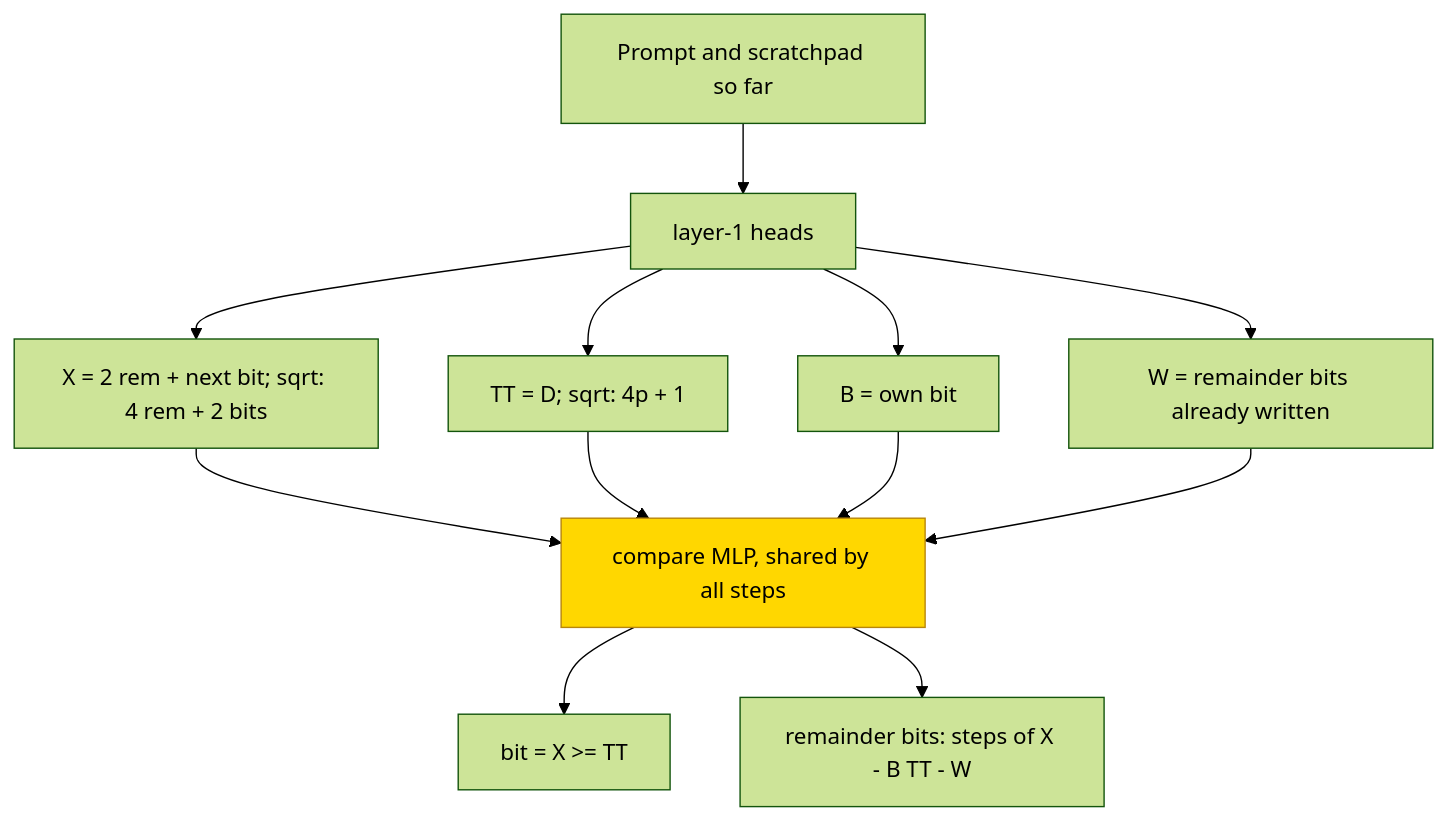
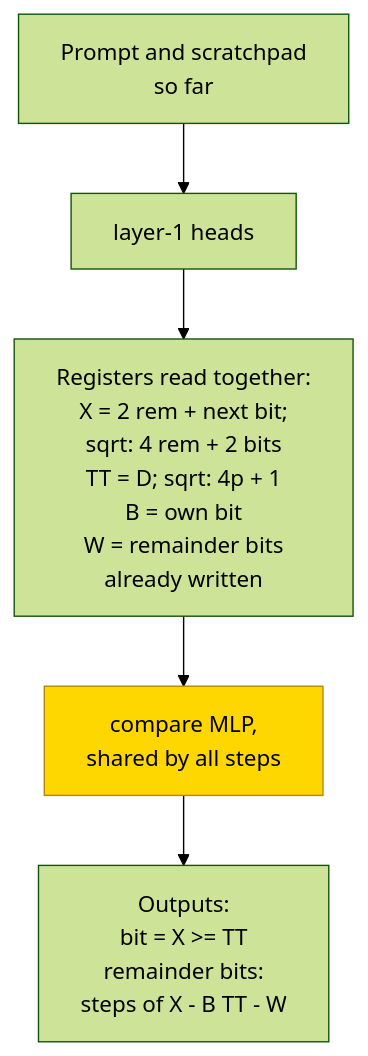
Before and after one commit to jc1122/mechanistic-interpretability-circuit-atlas: the first of 2 diagrams in entries/long-division-square-root.md, drawn with Mermaid (forest theme). The commit also changed other lines of this file and 40 other files, not shown here.

First line of the commit message:
Cold-reader pass on all 41 entries: reading routes, first-screen scopes, accessible diagrams, verified headline sources (ux_reader1/2)

````diff
--- a/entries/long-division-square-root.md
+++ b/entries/long-division-square-root.md
@@ -108,16 +110,11 @@
 ```mermaid
 flowchart TD
-    P["Prompt and scratchpad so far"] --> H["layer-1 heads"]
-    H --> X["X = 2 rem + next bit; sqrt: 4 rem + 2 bits"]
-    H --> TT["TT = D; sqrt: 4p + 1"]
-    H --> B["B = own bit"]
-    H --> W["W = remainder bits already written"]
-    X --> M["compare MLP, shared by all steps"]
-    TT --> M
-    B --> M
-    W --> M
-    M --> BIT["bit = X >= TT"]
-    M --> REM["remainder bits: steps of X - B TT - W"]
+    accTitle: Hand-built compare-and-subtract scratchpad
+    accDescr: Frozen heads provide the working remainder, trial threshold, current bit and written remainder prefix. The marked compare MLP is the only trained stage in PART.
+    P["Prompt and scratchpad<br/>so far"] --> H["layer-1 heads"]
+    H --> REG["Registers read together:<br/>X = 2 rem + next bit;<br/>sqrt: 4 rem + 2 bits<br/>TT = D; sqrt: 4p + 1<br/>B = own bit<br/>W = remainder bits<br/>already written"]
+    REG --> M["compare MLP,<br/>shared by all steps"]
+    M --> OUT["Outputs:<br/>bit = X >= TT<br/>remainder bits:<br/>steps of X - B TT - W"]
     classDef trained fill:gold,stroke:darkgoldenrod,color:black
     class M trained
 ```
````
